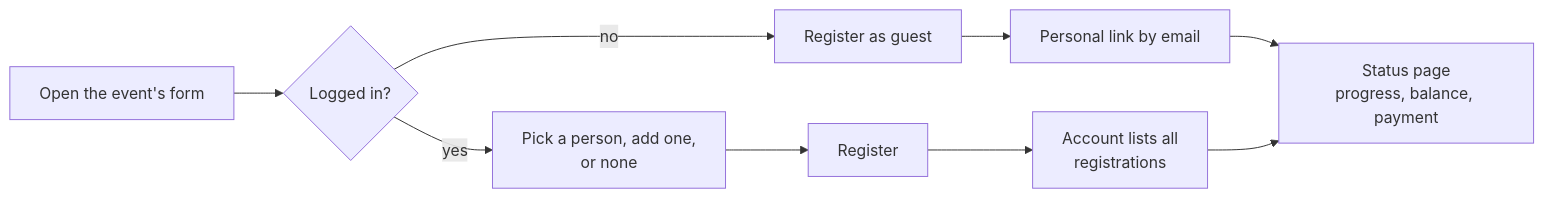
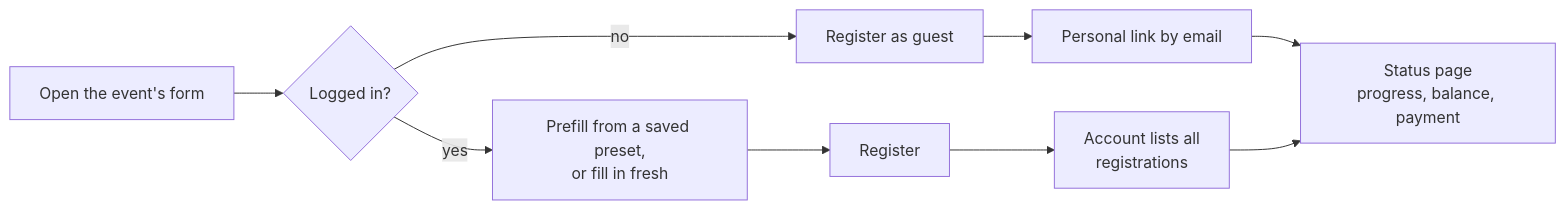
The second of 2 diagrams in docs/index.md (reformatus/kalaka), drawn with Mermaid before and after one commit. The commit also changed other lines of this file and 2 other files, not shown here.

````diff
--- a/docs/index.md
+++ b/docs/index.md
@@ -47,8 +49,8 @@
 ```mermaid
 flowchart LR
   A["Open the event's form"] --> B{"Logged in?"}
   B -- "no" --> C["Register as guest"] --> D["Personal link by email"]
-  B -- "yes" --> E["Pick a person, add one,<br/>or none"] --> F["Register"] --> G["Account lists all<br/>registrations"]
+  B -- "yes" --> E["Prefill from a saved preset,<br/>or fill in fresh"] --> F["Register"] --> G["Account lists all<br/>registrations"]
   D --> H["Status page<br/>progress, balance, payment"]
   G --> H
 ```
````
